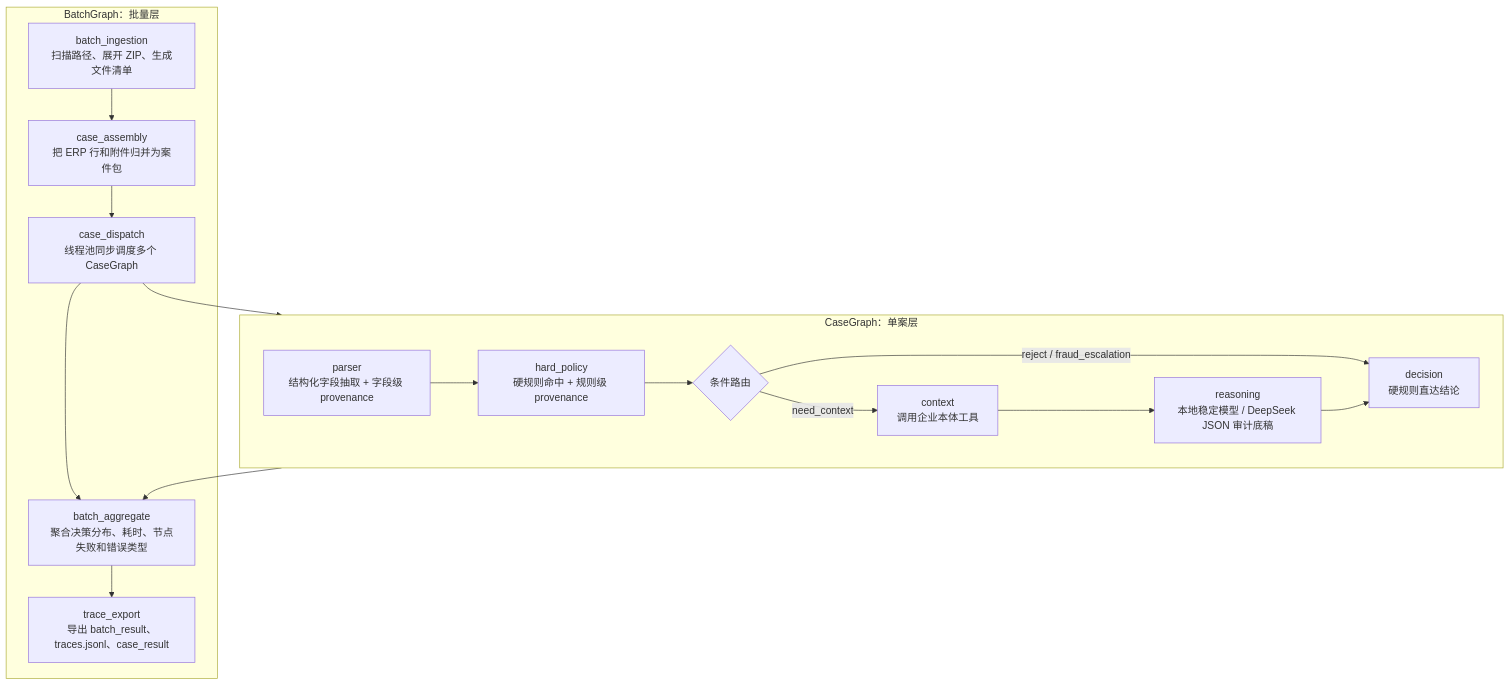
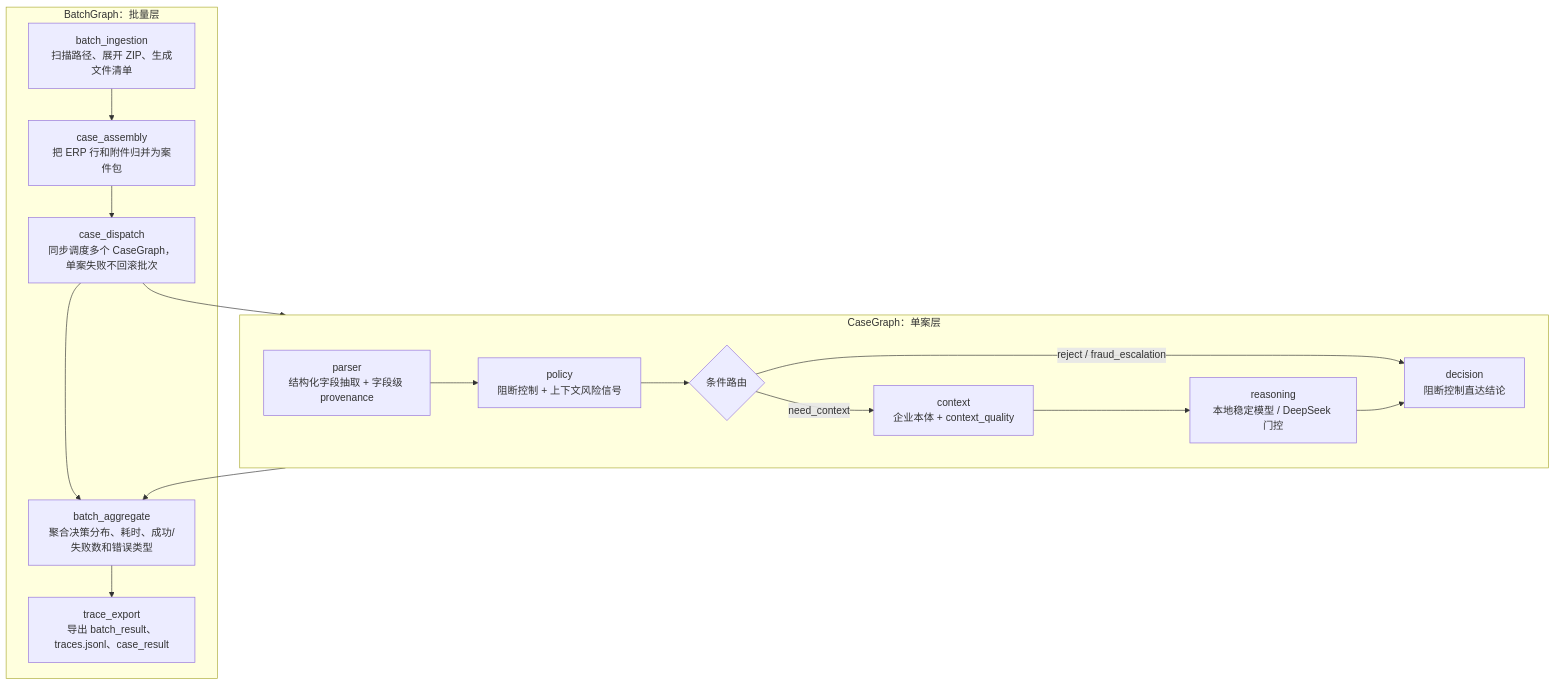
Before and after one commit to wangzichang224-design/FinTrace: the third of 5 diagrams in docs/FINTRACE_FLOW.md, drawn with Mermaid. The commit also changed other lines of this file and 16 other files, not shown here.

````diff
--- a/docs/FINTRACE_FLOW.md
+++ b/docs/FINTRACE_FLOW.md
@@ -33,21 +50,21 @@
 ```mermaid
 flowchart TB
     subgraph BG["BatchGraph：批量层"]
         B1["batch_ingestion<br/>扫描路径、展开 ZIP、生成文件清单"] --> B2["case_assembly<br/>把 ERP 行和附件归并为案件包"]
-        B2 --> B3["case_dispatch<br/>线程池同步调度多个 CaseGraph"]
-        B3 --> B4["batch_aggregate<br/>聚合决策分布、耗时、节点失败和错误类型"]
+        B2 --> B3["case_dispatch<br/>同步调度多个 CaseGraph，单案失败不回滚批次"]
+        B3 --> B4["batch_aggregate<br/>聚合决策分布、耗时、成功/失败数和错误类型"]
         B4 --> B5["trace_export<br/>导出 batch_result、traces.jsonl、case_result"]
     end
 
     subgraph CG["CaseGraph：单案层"]
-        C1["parser<br/>结构化字段抽取 + 字段级 provenance"] --> C2["hard_policy<br/>硬规则命中 + 规则级 provenance"]
+        C1["parser<br/>结构化字段抽取 + 字段级 provenance"] --> C2["policy<br/>阻断控制 + 上下文风险信号"]
         C2 --> C3{"条件路由"}
-        C3 -->|reject / fraud_escalation| C6["decision<br/>硬规则直达结论"]
-        C3 -->|need_context| C4["context<br/>调用企业本体工具"]
-        C4 --> C5["reasoning<br/>本地稳定模型 / DeepSeek JSON 审计底稿"]
+        C3 -->|reject / fraud_escalation| C6["decision<br/>阻断控制直达结论"]
+        C3 -->|need_context| C4["context<br/>企业本体 + context_quality"]
+        C4 --> C5["reasoning<br/>本地稳定模型 / DeepSeek 门控"]
         C5 --> C6
     end
 
     B3 --> CG
     CG --> B4
 ```
````
